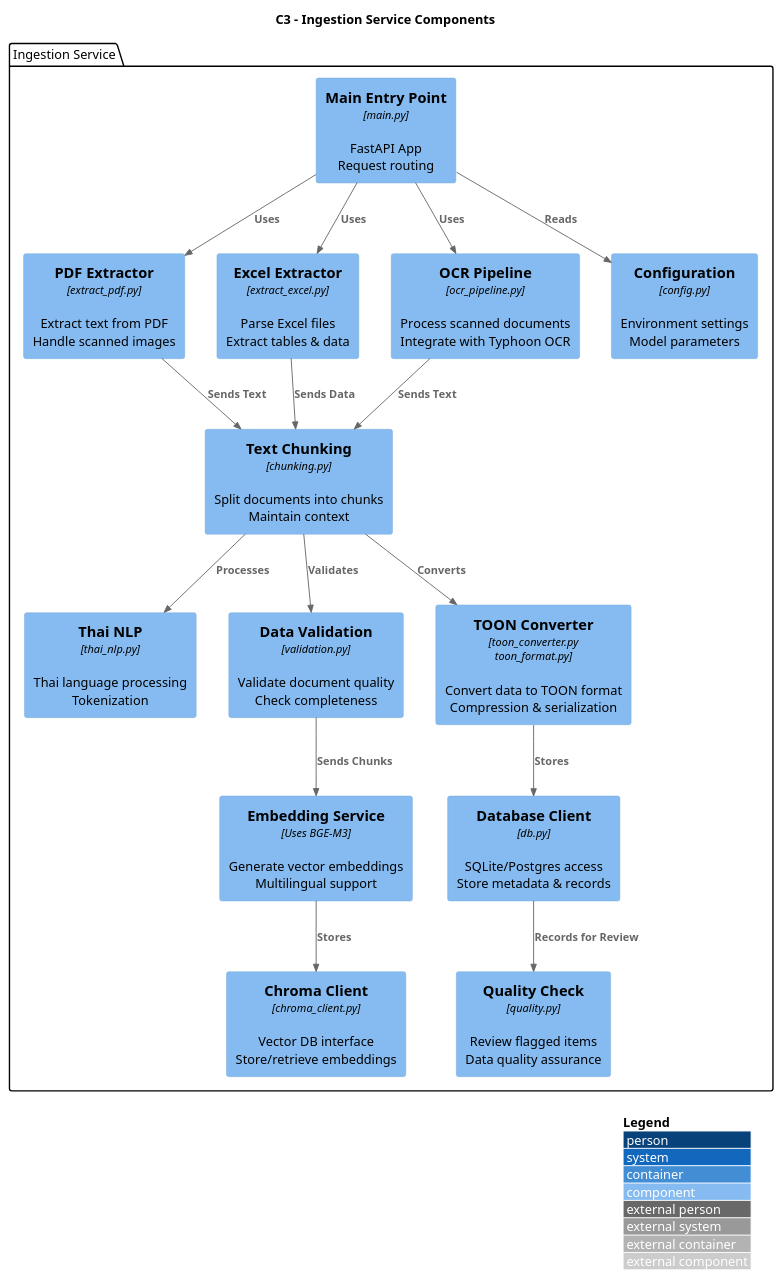
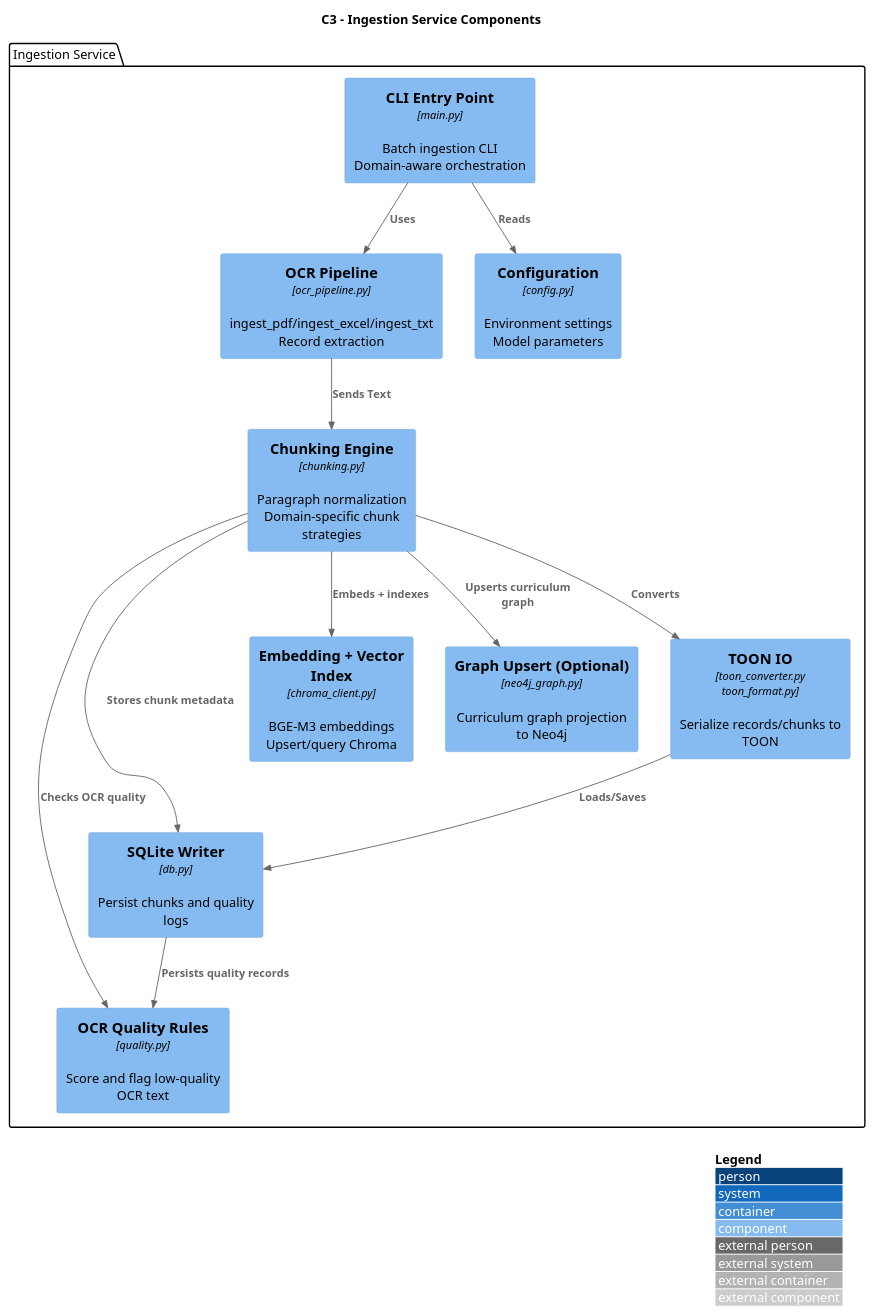
Before and after one commit to KKOIDF/CPE-CHAT-0.0.2: the third of 5 diagrams in docs/backend_c1_c4_diagram.puml, drawn with PlantUML. The commit also changed other lines of this file and 341 other files, not shown here.

```diff
--- a/docs/backend_c1_c4_diagram.puml
+++ b/docs/backend_c1_c4_diagram.puml
@@ -94,48 +99,36 @@
 @startuml Backend_C3_Ingestion_Components
 !include https://raw.githubusercontent.com/plantuml-stdlib/C4-PlantUML/master/C4_Component.puml
 
 LAYOUT_WITH_LEGEND()
 
 title C3 - Ingestion Service Components
 
 package "Ingestion Service" as ingestion_container {
-    Component(ingestion_main, "Main Entry Point", "main.py", "FastAPI App\nRequest routing")
-    
-    Component(pdf_extractor, "PDF Extractor", "extract_pdf.py", "Extract text from PDF\nHandle scanned images")
-    Component(excel_extractor, "Excel Extractor", "extract_excel.py", "Parse Excel files\nExtract tables & data")
-    Component(ocr_pipeline, "OCR Pipeline", "ocr_pipeline.py", "Process scanned documents\nIntegrate with Typhoon OCR")
-    
-    Component(chunking, "Text Chunking", "chunking.py", "Split documents into chunks\nMaintain context")
-    Component(thai_nlp, "Thai NLP", "thai_nlp.py", "Thai language processing\nTokenization")
-    Component(validation, "Data Validation", "validation.py", "Validate document quality\nCheck completeness")
-    
-    Component(embedding, "Embedding Service", "Uses BGE-M3", "Generate vector embeddings\nMultilingual support")
-    Component(chroma_client, "Chroma Client", "chroma_client.py", "Vector DB interface\nStore/retrieve embeddings")
-    
-    Component(toon_converter, "TOON Converter", "toon_converter.py\ntoon_format.py", "Convert data to TOON format\nCompression & serialization")
-    Component(db_client, "Database Client", "db.py", "SQLite/Postgres access\nStore metadata & records")
-    
-    Component(quality, "Quality Check", "quality.py", "Review flagged items\nData quality assurance")
+    Component(ingestion_main, "CLI Entry Point", "main.py", "Batch ingestion CLI\nDomain-aware orchestration")
+
+    Component(ocr_pipeline, "OCR Pipeline", "ocr_pipeline.py", "ingest_pdf/ingest_excel/ingest_txt\nRecord extraction")
+    Component(chunking, "Chunking Engine", "chunking.py", "Paragraph normalization\nDomain-specific chunk strategies")
+    Component(quality, "OCR Quality Rules", "quality.py", "Score and flag low-quality OCR text")
+
+    Component(db_client, "SQLite Writer", "db.py", "Persist chunks and quality logs")
+    Component(chroma_client, "Embedding + Vector Index", "chroma_client.py", "BGE-M3 embeddings\nUpsert/query Chroma")
+    Component(graph_writer, "Graph Upsert (Optional)", "neo4j_graph.py", "Curriculum graph projection to Neo4j")
+
+    Component(toon_converter, "TOON IO", "toon_converter.py\ntoon_format.py", "Serialize records/chunks to TOON")
     Component(config, "Configuration", "config.py", "Environment settings\nModel parameters")
 }
 
-Rel(ingestion_main, pdf_extractor, "Uses")
-Rel(ingestion_main, excel_extractor, "Uses")
 Rel(ingestion_main, ocr_pipeline, "Uses")
 Rel(ingestion_main, config, "Reads")
 
-Rel(pdf_extractor, chunking, "Sends Text")
-Rel(excel_extractor, chunking, "Sends Data")
 Rel(ocr_pipeline, chunking, "Sends Text")
-
-Rel(chunking, thai_nlp, "Processes")
-Rel(chunking, validation, "Validates")
-
-Rel(validation, embedding, "Sends Chunks")
-Rel(embedding, chroma_client, "Stores")
+Rel(chunking, quality, "Checks OCR quality")
+Rel(chunking, db_client, "Stores chunk metadata")
+Rel(chunking, chroma_client, "Embeds + indexes")
 
 Rel(chunking, toon_converter, "Converts")
-Rel(toon_converter, db_client, "Stores")
-Rel(db_client, quality, "Records for Review")
+Rel(toon_converter, db_client, "Loads/Saves")
+Rel(chunking, graph_writer, "Upserts curriculum graph")
+Rel(db_client, quality, "Persists quality records")
 
 @enduml
```
